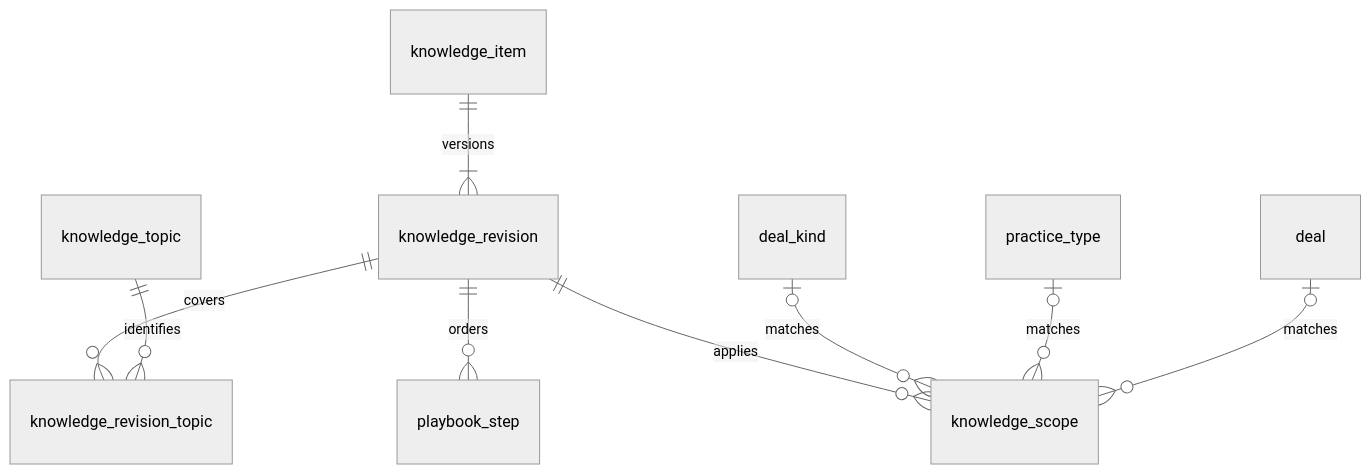
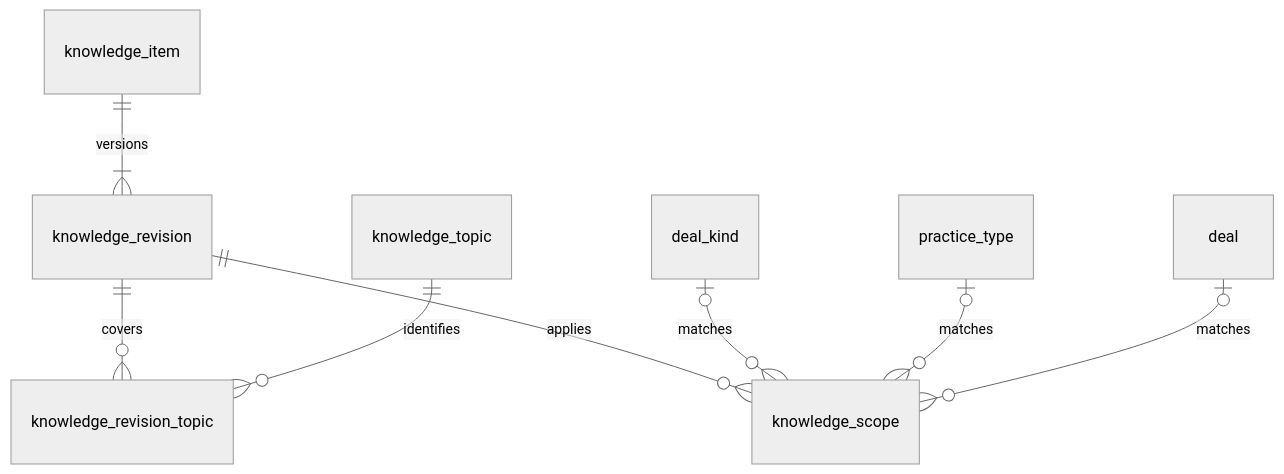
Before and after one commit to DoctorCRE/doctorcre-engine: the second of 4 diagrams in docs/knowledge/tables.md, drawn with Mermaid (neutral theme). The commit also changed other lines of this file and 5 other files, not shown here.

````diff
--- a/docs/knowledge/tables.md
+++ b/docs/knowledge/tables.md
@@ -53,11 +53,10 @@
 ```mermaid
 erDiagram
     knowledge_item ||--|{ knowledge_revision : versions
     knowledge_revision ||--o{ knowledge_revision_topic : covers
     knowledge_topic ||--o{ knowledge_revision_topic : identifies
-    knowledge_revision ||--o{ playbook_step : orders
     knowledge_revision ||--o{ knowledge_scope : applies
     deal_kind o|--o{ knowledge_scope : matches
     practice_type o|--o{ knowledge_scope : matches
     deal o|--o{ knowledge_scope : matches
 ```
````
